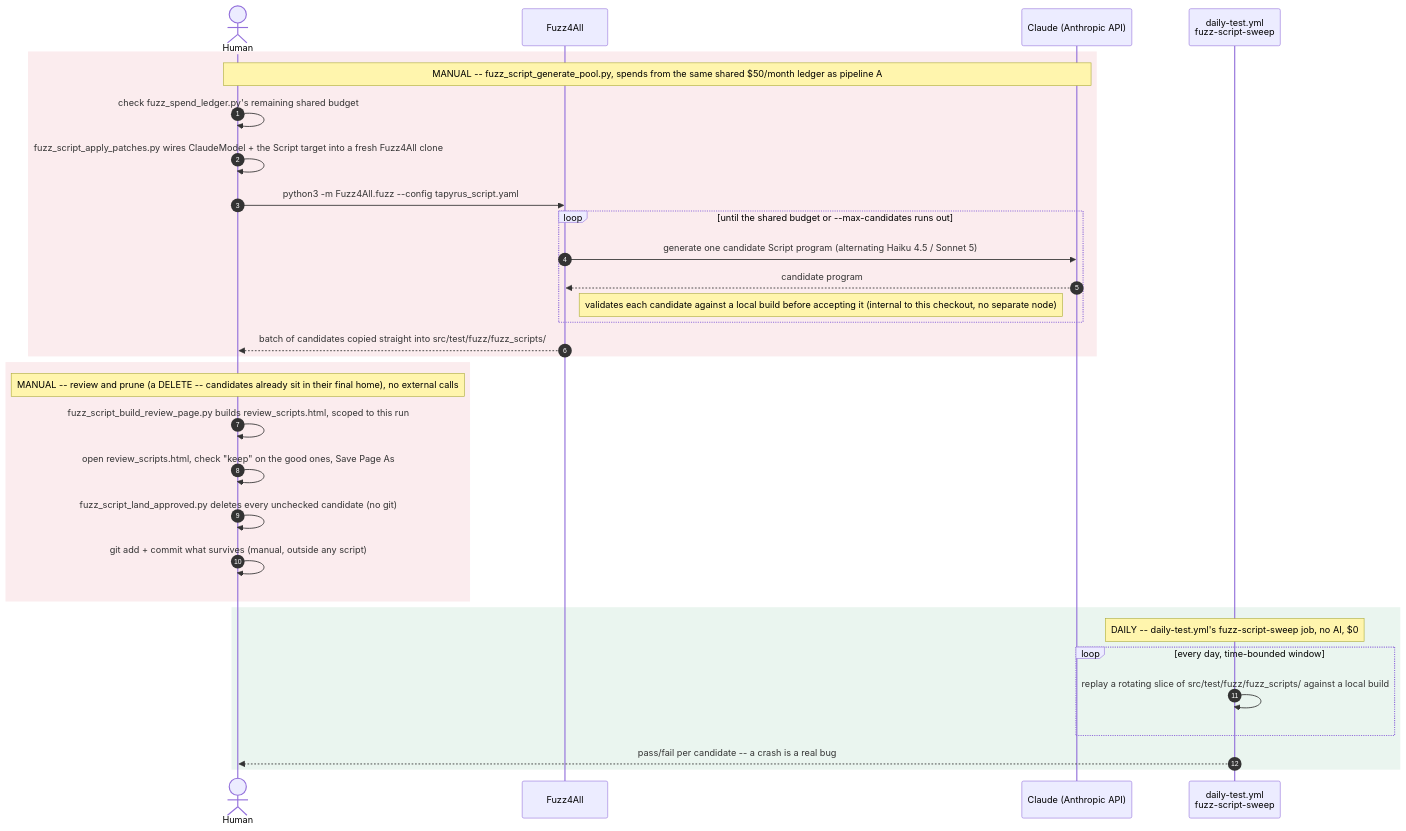
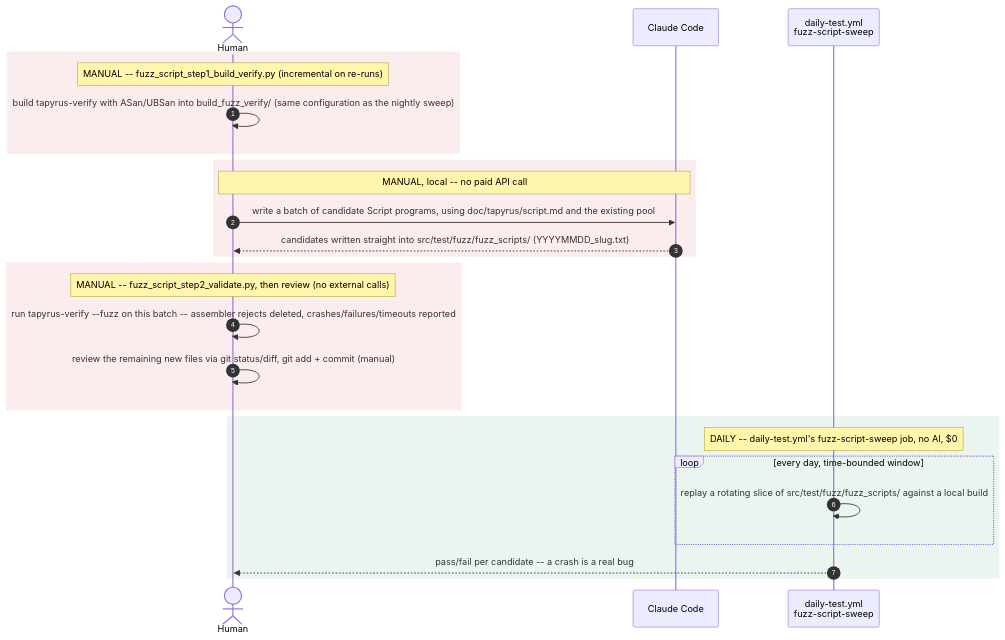
The second of 2 diagrams in contrib/fuzz/PIPELINE.md (chaintope/tapyrus-core), drawn with Mermaid before and after one commit. The commit also changed other lines of this file and 136 other files, not shown here.

First line of the commit message:
Fix Fuzz Introspector + OSS-Fuzz-Gen/Vertex Claude drafting pipeline, refresh candidate pool (#467)

````diff
--- a/contrib/fuzz/PIPELINE.md
+++ b/contrib/fuzz/PIPELINE.md
@@ -82,37 +84,32 @@
 ```mermaid
 sequenceDiagram
     autonumber
     actor Human
-    participant F4A as Fuzz4All
-    participant Claude as Claude (Anthropic API)
+    participant CC as Claude Code
     participant CI as daily-test.yml<br/>fuzz-script-sweep
 
     rect rgb(251, 236, 238)
-    Note over Human,Claude: MANUAL -- fuzz_script_generate_pool.py, spends from the same shared $50/month ledger as pipeline A
-    Human->>Human: check fuzz_spend_ledger.py's remaining shared budget
-    Human->>Human: fuzz_script_apply_patches.py wires ClaudeModel + the Script target into a fresh Fuzz4All clone
-    Human->>F4A: python3 -m Fuzz4All.fuzz --config tapyrus_script.yaml
-    loop until the shared budget or --max-candidates runs out
-        F4A->>Claude: generate one candidate Script program (alternating Haiku 4.5 / Sonnet 5)
-        Claude-->>F4A: candidate program
-        Note right of F4A: validates each candidate against a local build before accepting it (internal to this checkout, no separate node)
-    end
-    F4A-->>Human: batch of candidates copied straight into src/test/fuzz/fuzz_scripts/
+    Note over Human: MANUAL -- fuzz_script_step1_build_verify.py (incremental on re-runs)
+    Human->>Human: build tapyrus-verify with ASan/UBSan into build_fuzz_verify/ (same configuration as the nightly sweep)
     end
 
     rect rgb(251, 236, 238)
-    Note over Human: MANUAL -- review and prune (a DELETE -- candidates already sit in their final home), no external calls
-    Human->>Human: fuzz_script_build_review_page.py builds review_scripts.html, scoped to this run
-    Human->>Human: open review_scripts.html, check "keep" on the good ones, Save Page As
-    Human->>Human: fuzz_script_land_approved.py deletes every unchecked candidate (no git)
-    Human->>Human: git add + commit what survives (manual, outside any script)
+    Note over Human,CC: MANUAL, local -- no paid API call
+    Human->>CC: write a batch of candidate Script programs, using doc/tapyrus/script.md and the existing pool
+    CC-->>Human: candidates written straight into src/test/fuzz/fuzz_scripts/ (YYYYMMDD_slug.txt)
+    end
+
+    rect rgb(251, 236, 238)
+    Note over Human: MANUAL -- fuzz_script_step2_validate.py, then review (no external calls)
+    Human->>Human: run tapyrus-verify --fuzz on this batch -- assembler rejects deleted, crashes/failures/timeouts reported
+    Human->>Human: review the remaining new files via git status/diff, git add + commit (manual)
     end
 
     rect rgb(234, 245, 239)
     Note over CI: DAILY -- daily-test.yml's fuzz-script-sweep job, no AI, $0
     loop every day, time-bounded window
         CI->>CI: replay a rotating slice of src/test/fuzz/fuzz_scripts/ against a local build
     end
     CI-->>Human: pass/fail per candidate -- a crash is a real bug
     end
 ```
````
